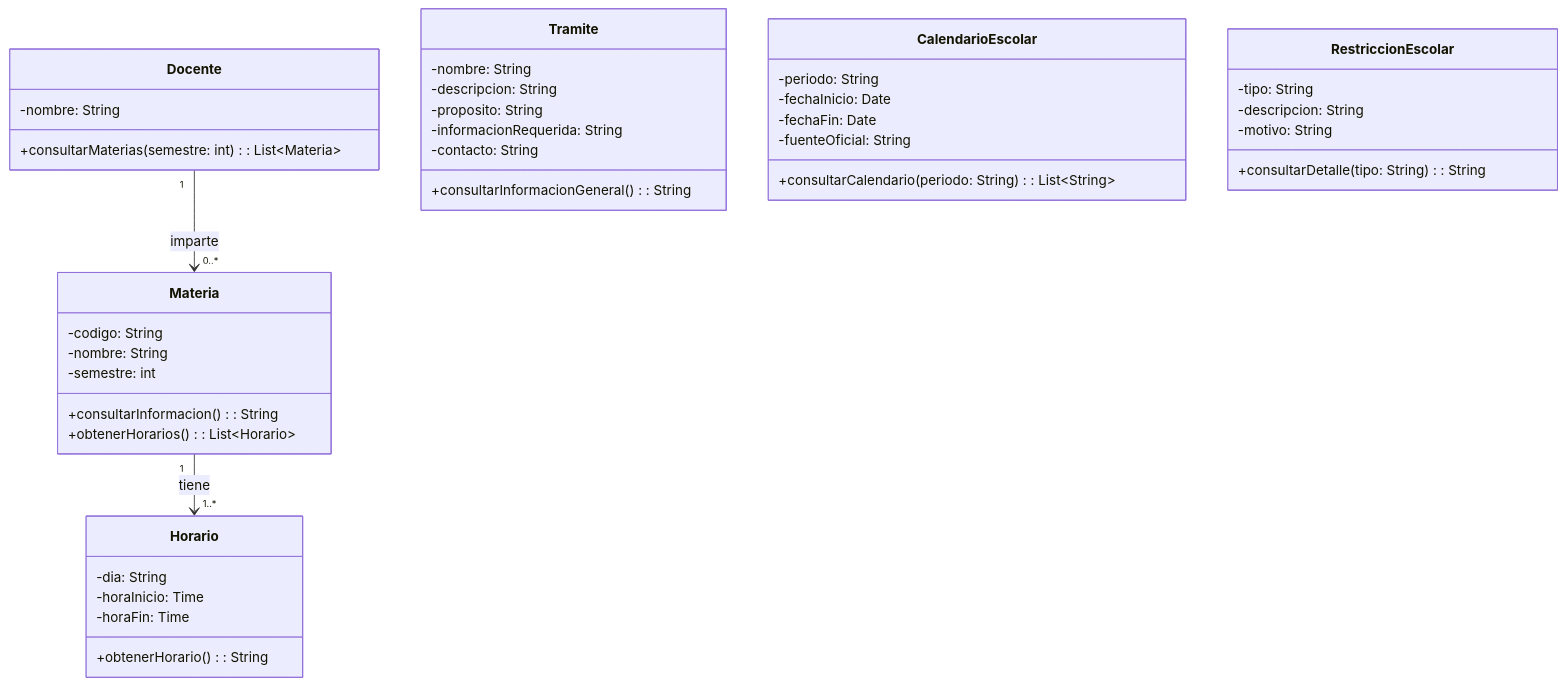
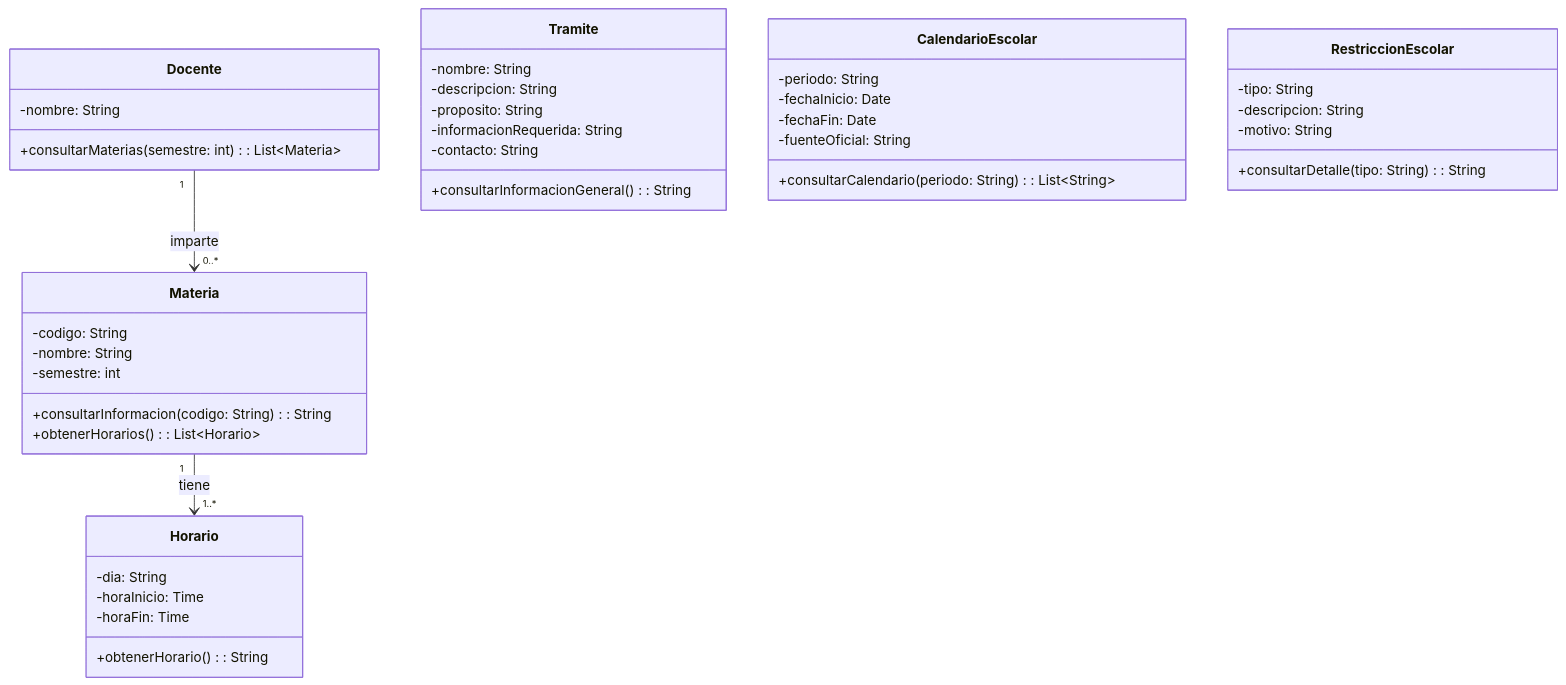
The first of 2 diagrams in docs/arch/diagrama_de_clases_y_caso_concreto.md (veca-boop/Agente-de-atencion-academica), drawn with Mermaid before and after one commit. The commit also changed other lines of this file, not shown here.

First line of the commit message:
Refine 'consultarInformacion' method and update remarks

````diff
--- a/docs/arch/diagrama_de_clases_y_caso_concreto.md
+++ b/docs/arch/diagrama_de_clases_y_caso_concreto.md
@@ -40,50 +40,50 @@
 ```mermaid
 classDiagram
 
     class Materia {
         -codigo: String
         -nombre: String
         -semestre: int
-        +consultarInformacion(): String
+        +consultarInformacion(codigo: String): String
         +obtenerHorarios(): List~Horario~
     }
 
     class Docente {
         -nombre: String
         +consultarMaterias(semestre: int): List~Materia~
     }
 
     class Horario {
         -dia: String
         -horaInicio: Time
         -horaFin: Time
         +obtenerHorario(): String
     }
 
     class Tramite {
         -nombre: String
         -descripcion: String
         -proposito: String
         -informacionRequerida: String
         -contacto: String
         +consultarInformacionGeneral(): String
     }
 
     class CalendarioEscolar {
         -periodo: String
         -fechaInicio: Date
         -fechaFin: Date
         -fuenteOficial: String
         +consultarCalendario(periodo: String): List~String~
     }
 
     class RestriccionEscolar {
         -tipo: String
         -descripcion: String
         -motivo: String
         +consultarDetalle(tipo: String): String
     }
 
     Docente "1" --> "0..*" Materia : imparte
     Materia "1" --> "1..*" Horario : tiene
 ```
````
